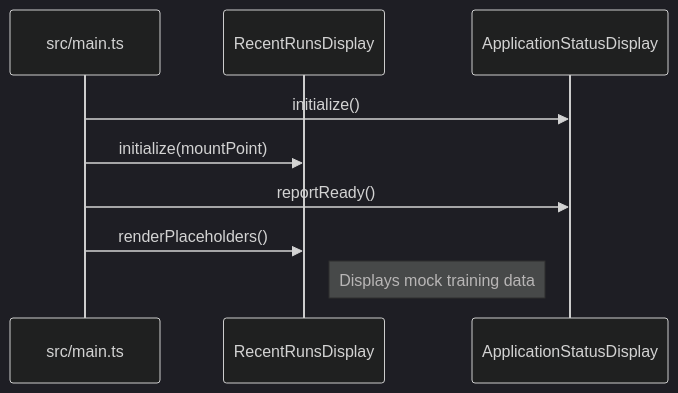
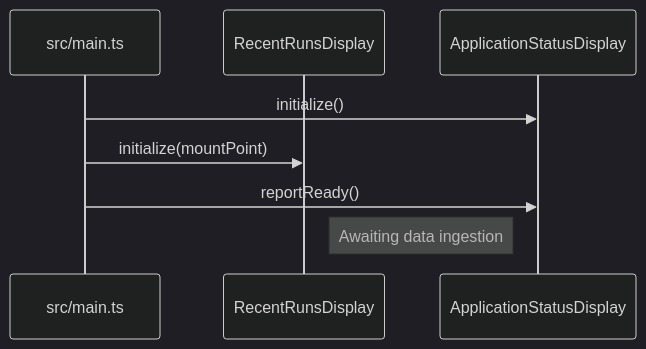
Before and after one commit to H1410101/raw_output: the second of 3 diagrams in docs/checkpoints/phase 1/checkpoint 1.4 architecture.md, drawn with Mermaid (dark theme). The commit also changed other lines of this file and 13 other files, not shown here.

````diff
--- a/docs/checkpoints/phase 1/checkpoint 1.4 architecture.md
+++ b/docs/checkpoints/phase 1/checkpoint 1.4 architecture.md
@@ -35,12 +34,11 @@
 ```mermaid
 sequenceDiagram
     participant S as src/main.ts
     participant D as RecentRunsDisplay
     participant A as ApplicationStatusDisplay
 
     S->>A: initialize()
     S->>D: initialize(mountPoint)
     S->>A: reportReady()
-    S->>D: renderPlaceholders()
-    Note right of D: Displays mock training data
+    Note right of D: Awaiting data ingestion
 ```
````
